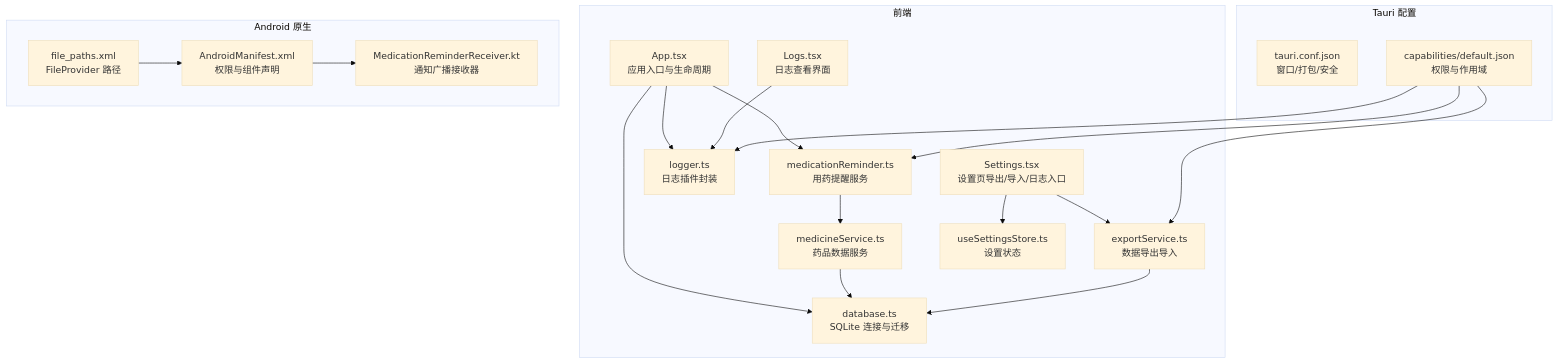
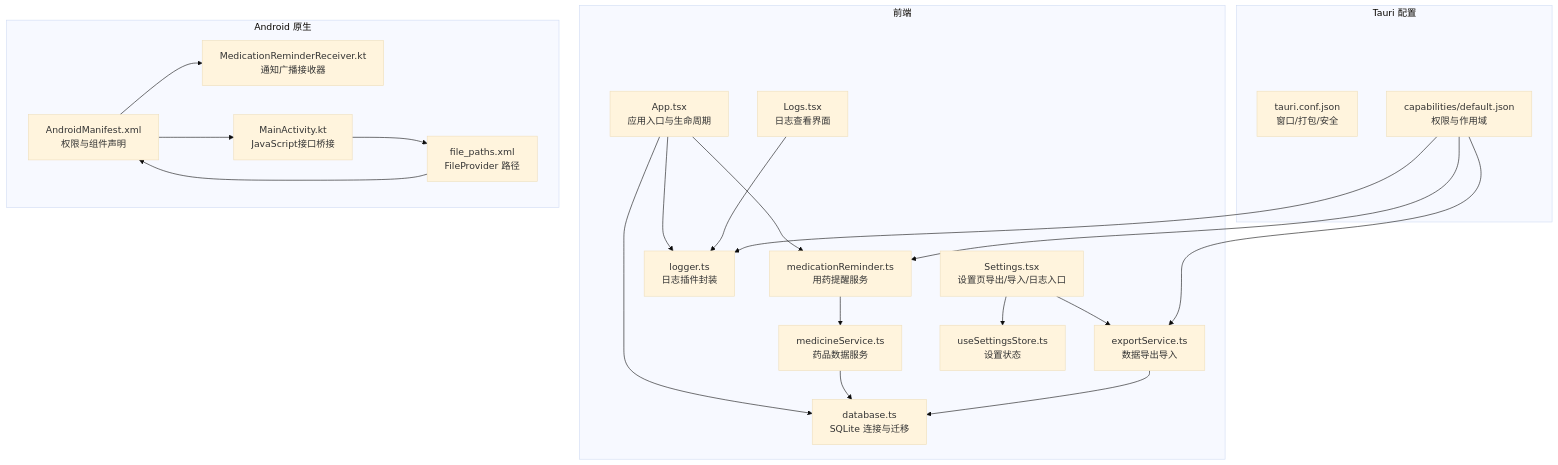
Before and after one commit to yn-zxj/Assetly: the first of 7 diagrams in .qoder/repowiki/zh/content/系统集成/系统集成.md, drawn with Mermaid (base theme). The commit also changed other lines of this file and 14 other files, not shown here.

````diff
--- a/.qoder/repowiki/zh/content/系统集成/系统集成.md
+++ b/.qoder/repowiki/zh/content/系统集成/系统集成.md
@@ -41,37 +49,40 @@
 ```mermaid
 graph TB
 subgraph "前端"
 APP["App.tsx<br/>应用入口与生命周期"]
 REM["medicationReminder.ts<br/>用药提醒服务"]
 LOG["logger.ts<br/>日志插件封装"]
 EXP["exportService.ts<br/>数据导出导入"]
 DB["database.ts<br/>SQLite 连接与迁移"]
 MEDS["medicineService.ts<br/>药品数据服务"]
 SET["Settings.tsx<br/>设置页导出/导入/日志入口"]
 LOGUI["Logs.tsx<br/>日志查看界面"]
 STORE["useSettingsStore.ts<br/>设置状态"]
 end
 subgraph "Tauri 配置"
 CONF["tauri.conf.json<br/>窗口/打包/安全"]
 CAP["capabilities/default.json<br/>权限与作用域"]
 end
 subgraph "Android 原生"
 MANI["AndroidManifest.xml<br/>权限与组件声明"]
 REC["MedicationReminderReceiver.kt<br/>通知广播接收器"]
+MAIN["MainActivity.kt<br/>JavaScript接口桥接"]
 PATHS["file_paths.xml<br/>FileProvider 路径"]
 end
 APP --> REM
 APP --> LOG
 APP --> DB
 SET --> EXP
 SET --> STORE
 LOGUI --> LOG
 REM --> MEDS
 MEDS --> DB
 EXP --> DB
 CAP --> LOG
 CAP --> EXP
 CAP --> REM
 MANI --> REC
+MANI --> MAIN
 PATHS --> MANI
+MAIN --> PATHS
 ```
````
